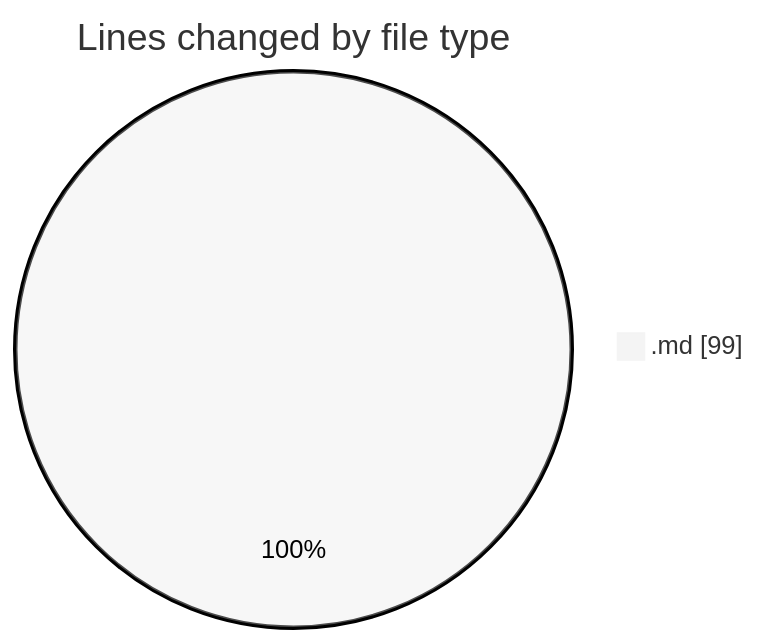
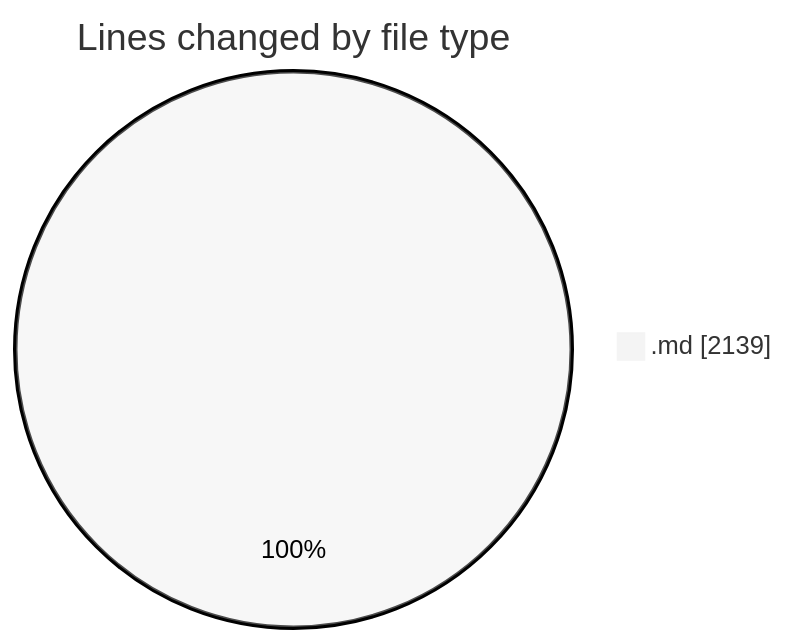
Before and after one commit to Ritupan-Deka/code-tracking: the first of 2 diagrams in 2025-07-09/urlwebwala_intership_work/README.md, drawn with Mermaid (neutral theme). The commit also changed other lines of this file and 1 other file, not shown here.

````diff
--- a/2025-07-09/urlwebwala_intership_work/README.md
+++ b/2025-07-09/urlwebwala_intership_work/README.md
@@ -20,5 +20,5 @@
 ```mermaid
 pie showData
 title Lines changed by file type
-".md" : 99
+".md" : 2139
 ```
````
